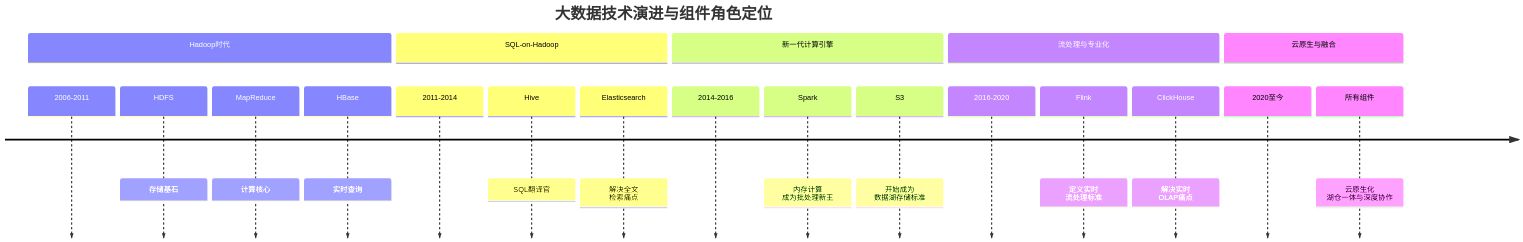
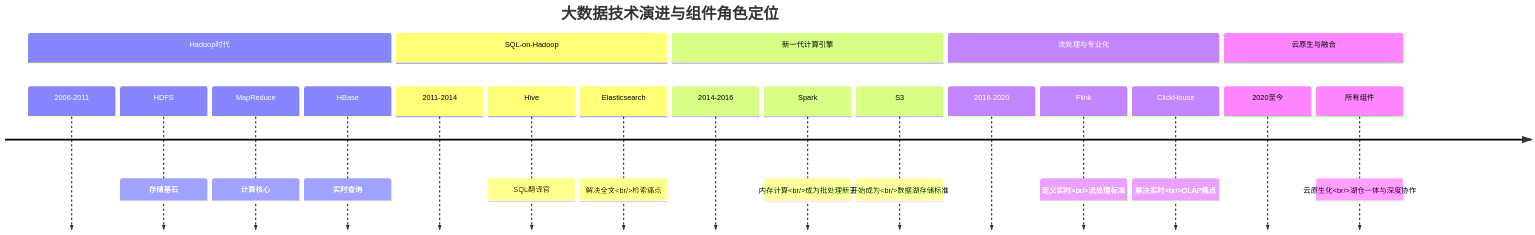
The fourth of 6 diagrams in public/content/learn_from_ai/2025-12-17-about-big-data.md (RyoJerryYu/blog-next), drawn with Mermaid before and after one commit. The commit also changed other lines of this file and 1 other file, not shown here.

````diff
--- a/public/content/learn_from_ai/2025-12-17-about-big-data.md
+++ b/public/content/learn_from_ai/2025-12-17-about-big-data.md
@@ -335,24 +335,24 @@
 ```mermaid
 timeline
     title 大数据技术演进与组件角色定位
     section Hadoop时代 
  2006-2011
         HDFS : 存储基石
         MapReduce : 计算核心
         HBase : 实时查询
     section SQL-on-Hadoop 
  2011-2014
         Hive : SQL翻译官
-        Elasticsearch : 解决全文<br>检索痛点
+        Elasticsearch : 解决全文<br/>检索痛点
     section 新一代计算引擎 
  2014-2016
-        Spark : 内存计算<br>成为批处理新王
-        S3 : 开始成为<br>数据湖存储标准
+        Spark : 内存计算<br/>成为批处理新王
+        S3 : 开始成为<br/>数据湖存储标准
     section 流处理与专业化 
  2016-2020
-        Flink : 定义实时<br>流处理标准
-        ClickHouse : 解决实时<br>OLAP痛点
+        Flink : 定义实时<br/>流处理标准
+        ClickHouse : 解决实时<br/>OLAP痛点
     section 云原生与融合 
  2020至今
-        所有组件 : 云原生化<br>湖仓一体与深度协作
+        所有组件 : 云原生化<br/>湖仓一体与深度协作
 ```
````
